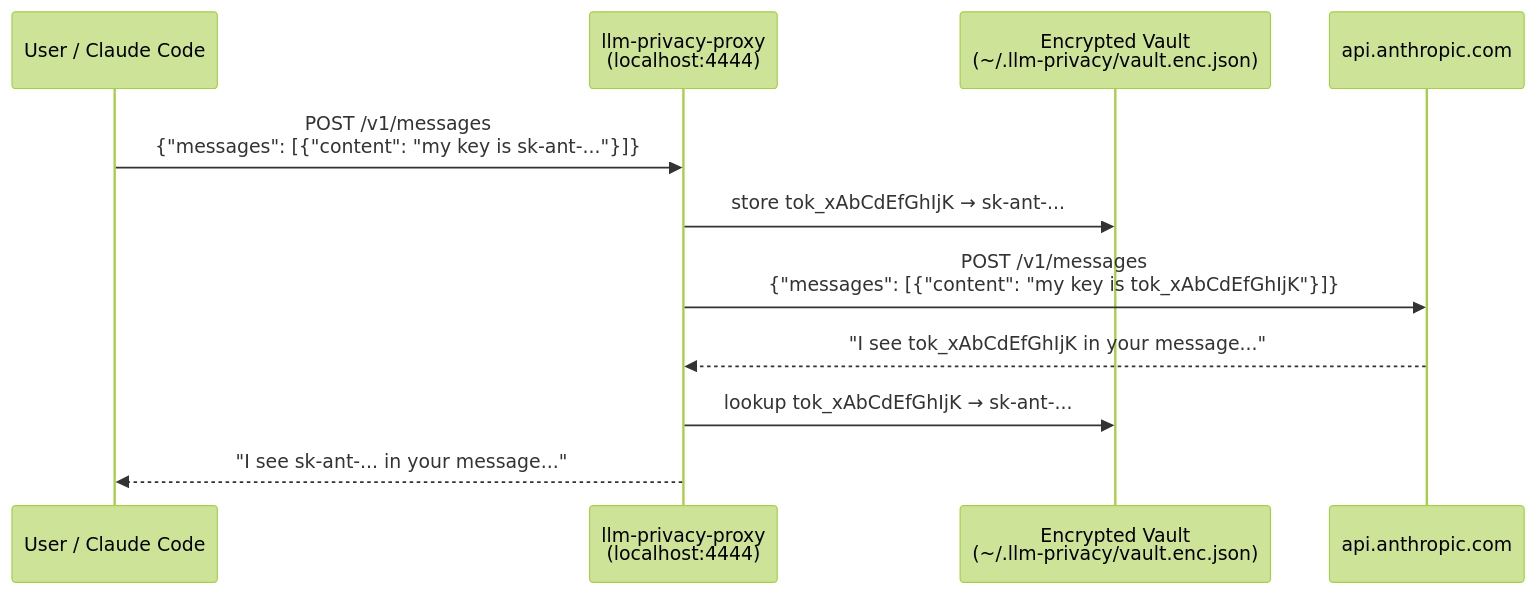
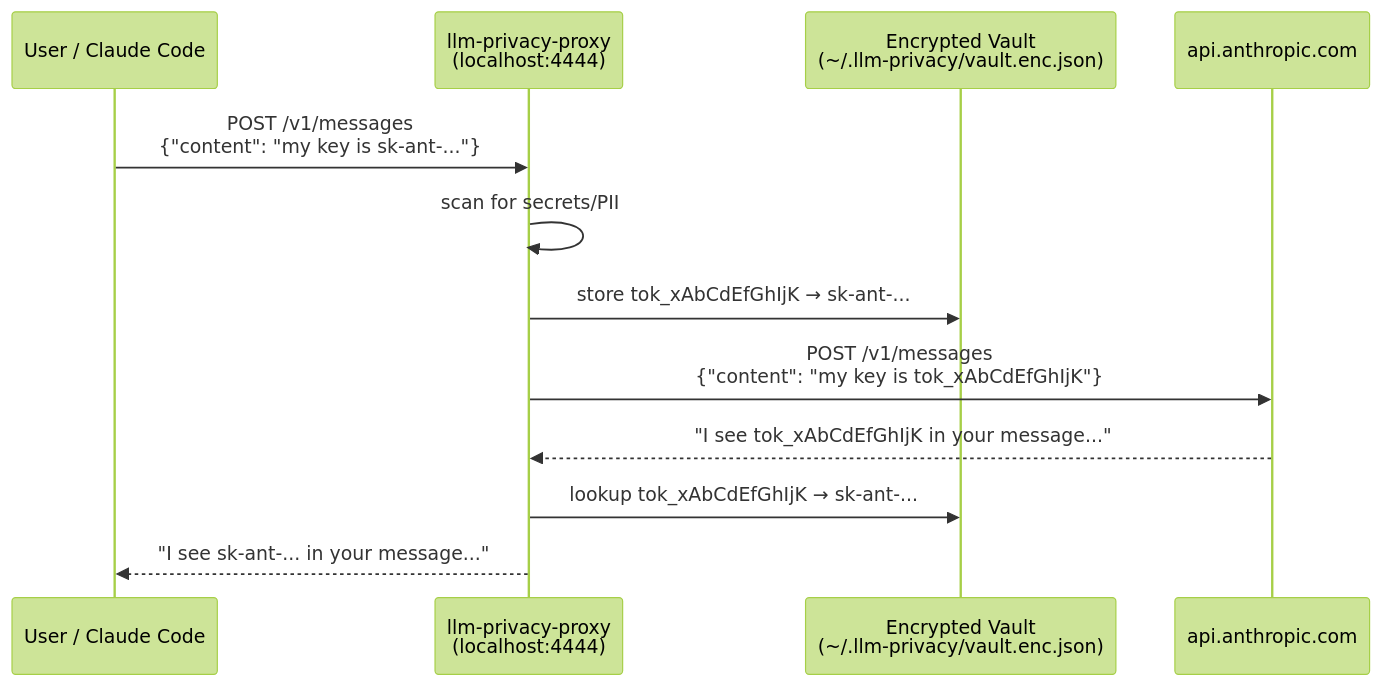
One commit to JonathanReifer/llm-privacy-proxy changed the first of 2 diagrams in README.md. Above: the diagram before and after it, drawn with Mermaid (forest theme). The commit also changed other lines of this file and 3 other files, not shown here.

````diff
--- a/README.md
+++ b/README.md
@@ -7,14 +9,15 @@
 ```mermaid
 sequenceDiagram
     participant U as User / Claude Code
     participant P as llm-privacy-proxy<br/>(localhost:4444)
     participant V as Encrypted Vault<br/>(~/.llm-privacy/vault.enc.json)
     participant A as api.anthropic.com
 
-    U->>P: POST /v1/messages<br/>{"messages": [{"content": "my key is sk-ant-..."}]}
+    U->>P: POST /v1/messages<br/>{"content": "my key is sk-ant-..."}
+    P->>P: scan for secrets/PII
     P->>V: store tok_xAbCdEfGhIjK → sk-ant-...
-    P->>A: POST /v1/messages<br/>{"messages": [{"content": "my key is tok_xAbCdEfGhIjK"}]}
+    P->>A: POST /v1/messages<br/>{"content": "my key is tok_xAbCdEfGhIjK"}
     A-->>P: "I see tok_xAbCdEfGhIjK in your message..."
     P->>V: lookup tok_xAbCdEfGhIjK → sk-ant-...
     P-->>U: "I see sk-ant-... in your message..."
 ```
````
